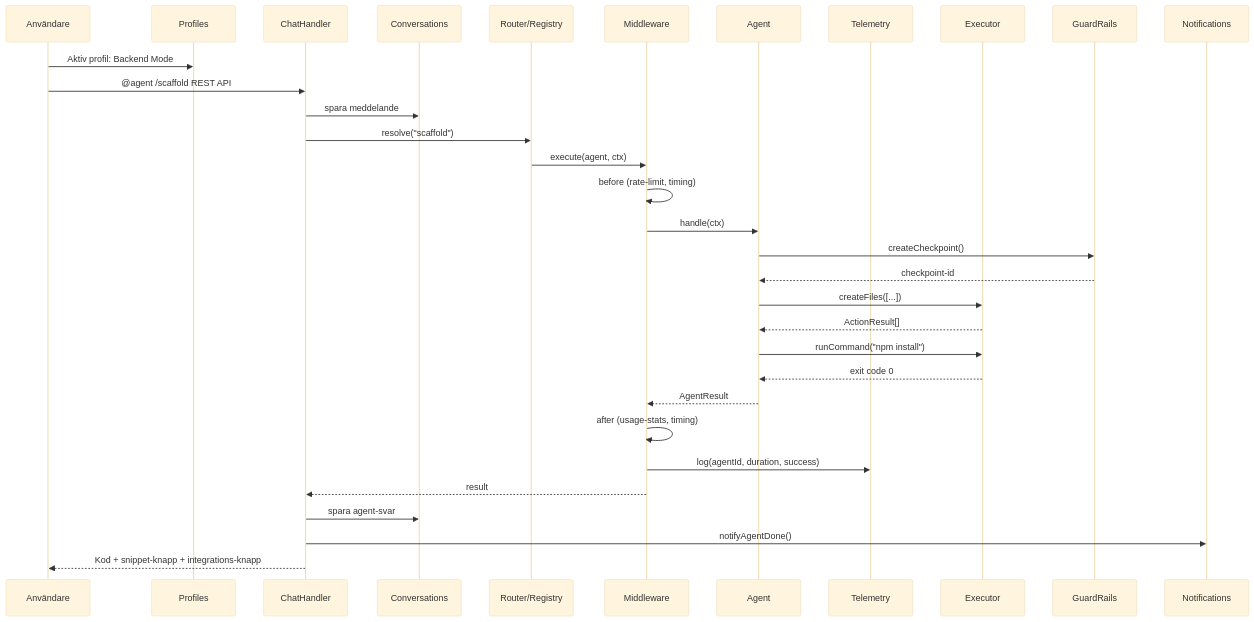
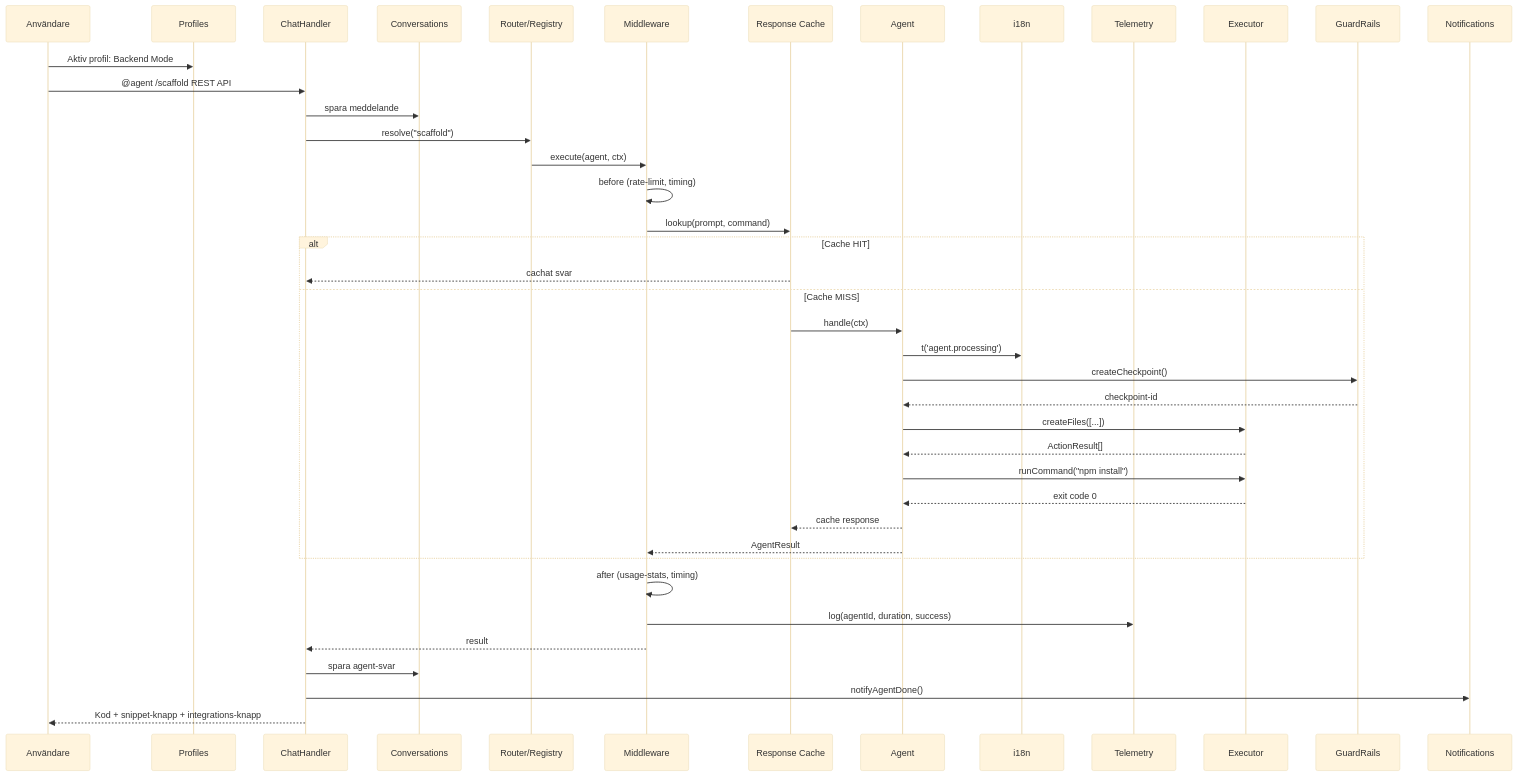
The second of 2 diagrams in README.md (ashsolei/vscode-agent), drawn with Mermaid (base theme) before and after one commit. The commit also changed other lines of this file, not shown here.

Commit message:
docs: comprehensive README update with all features, settings, shortcuts, tests, CI/CD, updated diagrams

````diff
--- a/README.md
+++ b/README.md
@@ -362,35 +443,44 @@
 ```mermaid
 sequenceDiagram
     participant U as Användare
     participant P as Profiles
     participant H as ChatHandler
     participant C as Conversations
     participant R as Router/Registry
     participant MW as Middleware
+    participant $$ as Response Cache
     participant A as Agent
+    participant I as i18n
     participant T as Telemetry
     participant E as Executor
     participant G as GuardRails
     participant N as Notifications
 
     U->>P: Aktiv profil: Backend Mode
     U->>H: @agent /scaffold REST API
     H->>C: spara meddelande
     H->>R: resolve("scaffold")
     R->>MW: execute(agent, ctx)
     MW->>MW: before (rate-limit, timing)
-    MW->>A: handle(ctx)
-    A->>G: createCheckpoint()
-    G-->>A: checkpoint-id
-    A->>E: createFiles([...])
-    E-->>A: ActionResult[]
-    A->>E: runCommand("npm install")
-    E-->>A: exit code 0
-    A-->>MW: AgentResult
+    MW->>$$: lookup(prompt, command)
+    alt Cache HIT
+        $$-->>H: cachat svar
+    else Cache MISS
+        $$->>A: handle(ctx)
+        A->>I: t('agent.processing')
+        A->>G: createCheckpoint()
+        G-->>A: checkpoint-id
+        A->>E: createFiles([...])
+        E-->>A: ActionResult[]
+        A->>E: runCommand("npm install")
+        E-->>A: exit code 0
+        A-->>$$: cache response
+        A-->>MW: AgentResult
+    end
     MW->>MW: after (usage-stats, timing)
     MW->>T: log(agentId, duration, success)
     MW-->>H: result
     H->>C: spara agent-svar
     H->>N: notifyAgentDone()
     H-->>U: Kod + snippet-knapp + integrations-knapp
 ```
````
